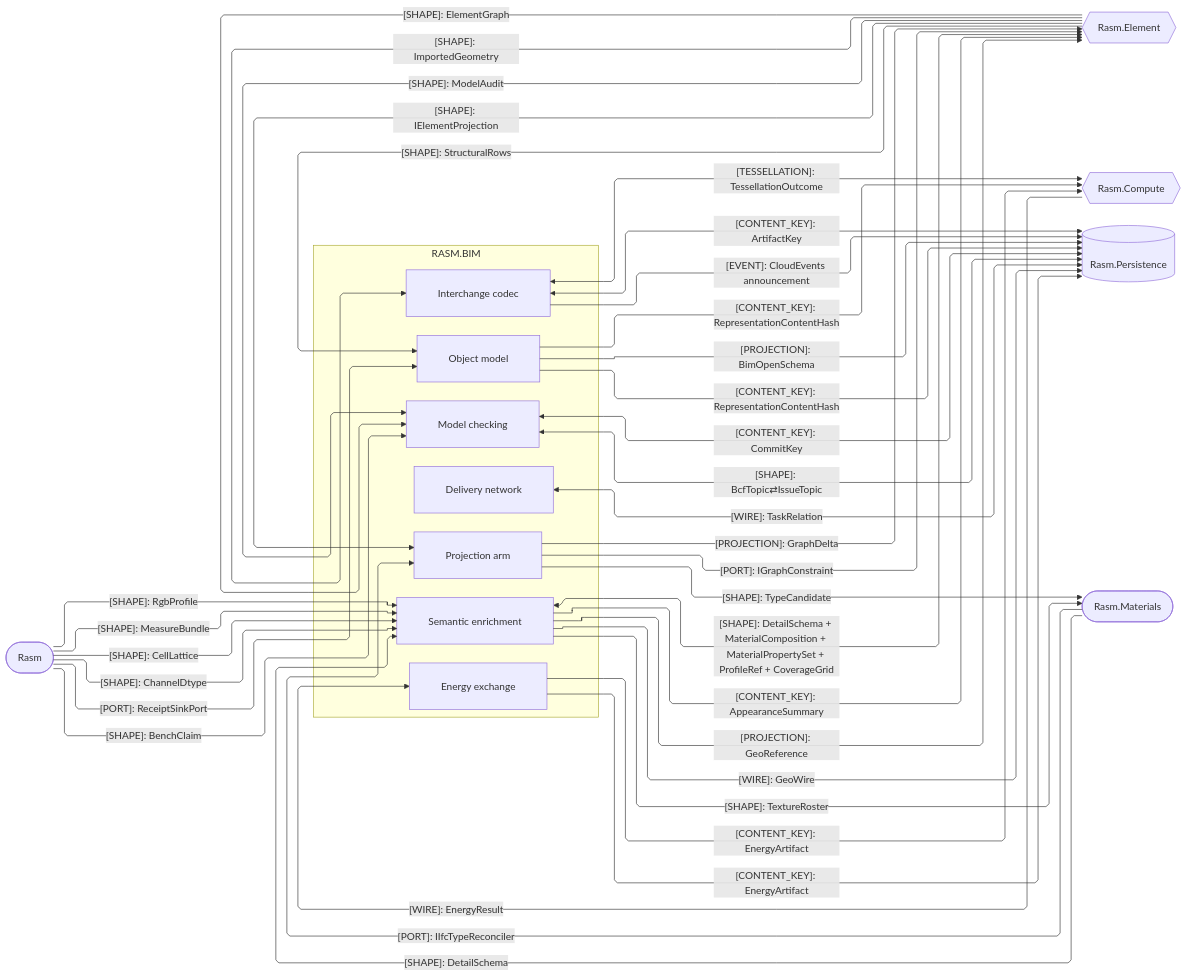
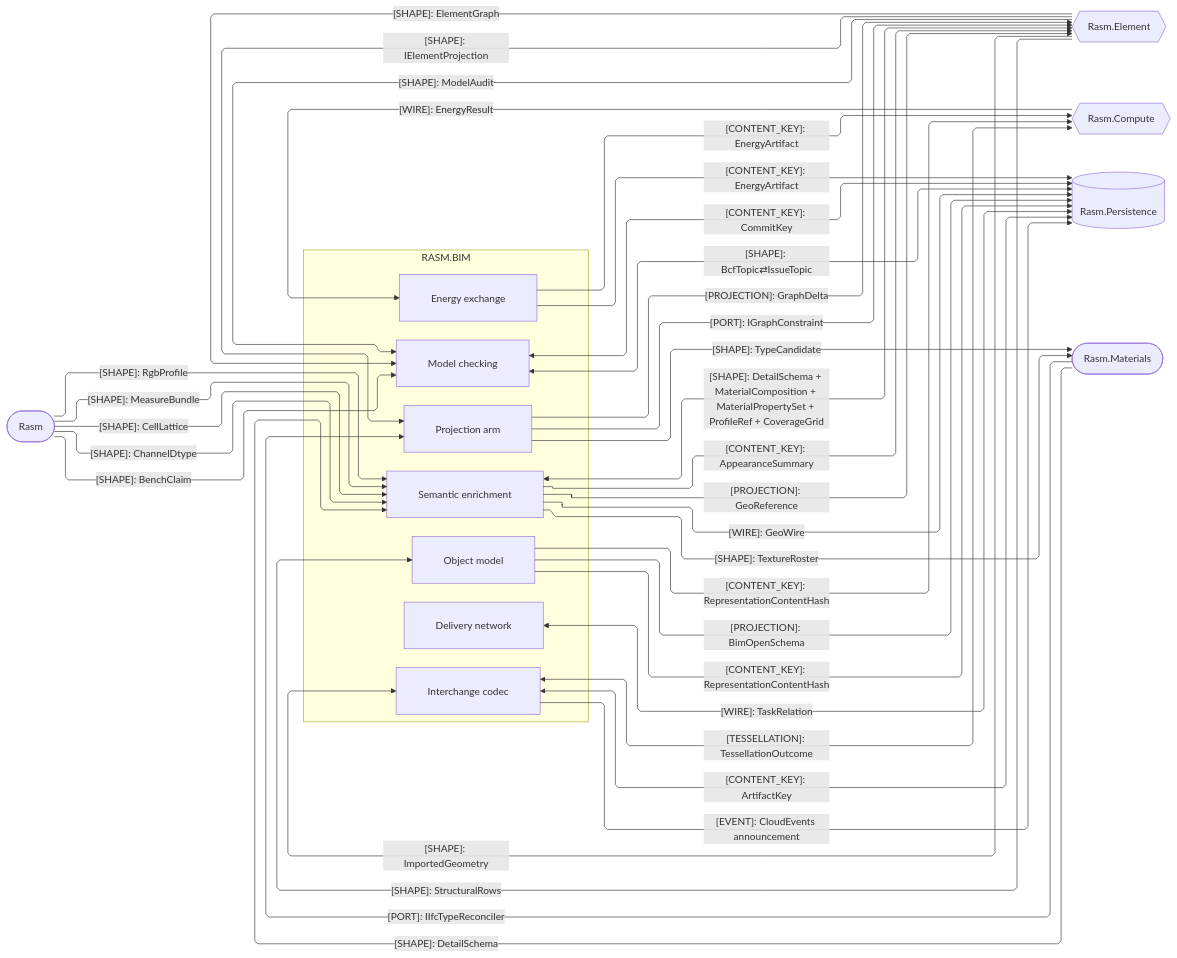
Before and after one commit to bsamiee/Rasm: the second of 4 diagrams in libs/dotnet/Rasm.Bim/ARCHITECTURE.md, drawn with Mermaid. The commit also changed other lines of this file and 1417 other files, not shown here.

````diff
--- a/libs/dotnet/Rasm.Bim/ARCHITECTURE.md
+++ b/libs/dotnet/Rasm.Bim/ARCHITECTURE.md
@@ -135,59 +135,58 @@
 ```mermaid
 ---
 config:
   layout: elk
   flowchart:
     curve: linear
     padding: 25
 ---
 flowchart LR
     accTitle: Bim same-branch domain and storage seams
     accDescr: Bim sub-domain owners exchanging projections, content keys, and tessellation with the same-branch AEC peers and the durable store.
     subgraph bim[RASM.BIM]
         Projection[Projection arm]
         Model[Object model]
         Semantics[Semantic enrichment]
         Exchange[Interchange codec]
         Review[Model checking]
         Energy[Energy exchange]
         Planning[Delivery network]
     end
     Element{{Rasm.Element}}
     Compute{{Rasm.Compute}}
     Persistence[(Rasm.Persistence)]
     Materials([Rasm.Materials])
     Rasm([Rasm])
     Element e1@-->|"[SHAPE]: IElementProjection"| Projection
     Projection e2@-->|"[PROJECTION]: GraphDelta"| Element
     Projection e3@-->|"[PORT]: IGraphConstraint"| Element
     Element e4@-->|"[SHAPE]: ImportedGeometry"| Exchange
     Element e5@-->|"[SHAPE]: ElementGraph"| Review
     Semantics e6@<-->|"[SHAPE]: DetailSchema + MaterialComposition + MaterialPropertySet + ProfileRef + CoverageGrid"| Element
     Semantics e7@-->|"[CONTENT_KEY]: AppearanceSummary"| Element
     Semantics e8@-->|"[PROJECTION]: GeoReference"| Element
     Element e9@-->|"[SHAPE]: StructuralRows"| Model
     Element e10@-->|"[SHAPE]: ModelAudit"| Review
     Materials e11@-->|"[PORT]: IIfcTypeReconciler"| Projection
     Projection e12@-->|"[SHAPE]: TypeCandidate"| Materials
     Semantics e13@-->|"[SHAPE]: TextureRoster"| Materials
     Materials e14@-->|"[SHAPE]: DetailSchema"| Semantics
     Rasm e15@-->|"[SHAPE]: MeasureBundle"| Semantics
     Rasm e16@-->|"[SHAPE]: CellLattice"| Semantics
     Rasm e17@-->|"[SHAPE]: ChannelDtype"| Semantics
     Rasm e18@-->|"[SHAPE]: RgbProfile"| Semantics
     Rasm e19@-->|"[SHAPE]: BenchClaim"| Review
-    Rasm e20@-->|"[PORT]: ReceiptSinkPort"| Model
     Model e21@-->|"[CONTENT_KEY]: RepresentationContentHash"| Compute
     Exchange e22@<-->|"[TESSELLATION]: TessellationOutcome"| Compute
     Energy e24@-->|"[CONTENT_KEY]: EnergyArtifact"| Compute
     Compute e25@-->|"[WIRE]: EnergyResult"| Energy
     Model e26@-->|"[PROJECTION]: BimOpenSchema"| Persistence
     Model e27@-->|"[CONTENT_KEY]: RepresentationContentHash"| Persistence
     Exchange e28@<-->|"[CONTENT_KEY]: ArtifactKey"| Persistence
     Exchange e29@-->|"[EVENT]: CloudEvents announcement"| Persistence
     Review e30@<-->|"[CONTENT_KEY]: CommitKey"| Persistence
     Review e31@<-->|"[SHAPE]: BcfTopic⇄IssueTopic"| Persistence
     Energy e32@-->|"[CONTENT_KEY]: EnergyArtifact"| Persistence
     Planning e33@<-->|"[WIRE]: TaskRelation"| Persistence
     Semantics e34@-->|"[WIRE]: GeoWire"| Persistence
 ```
````
